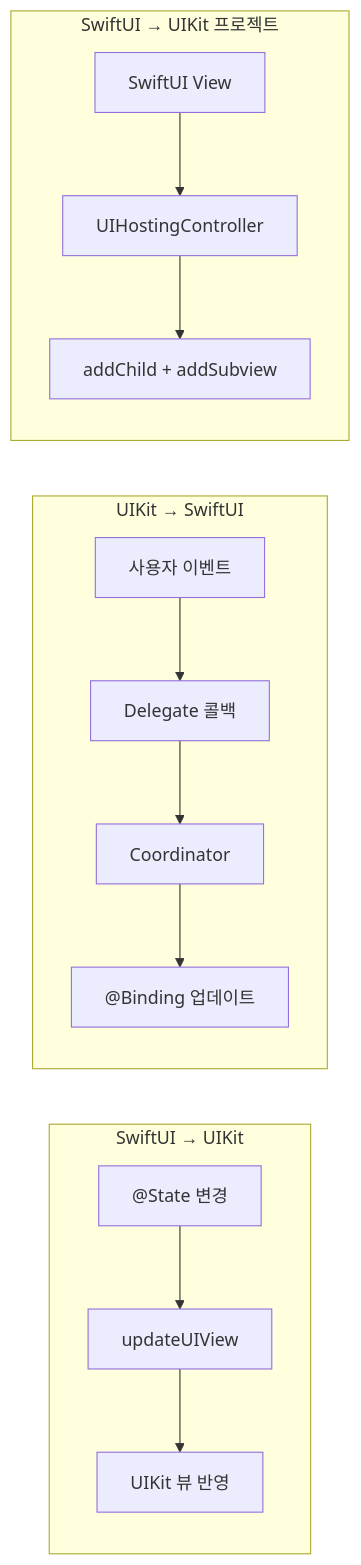
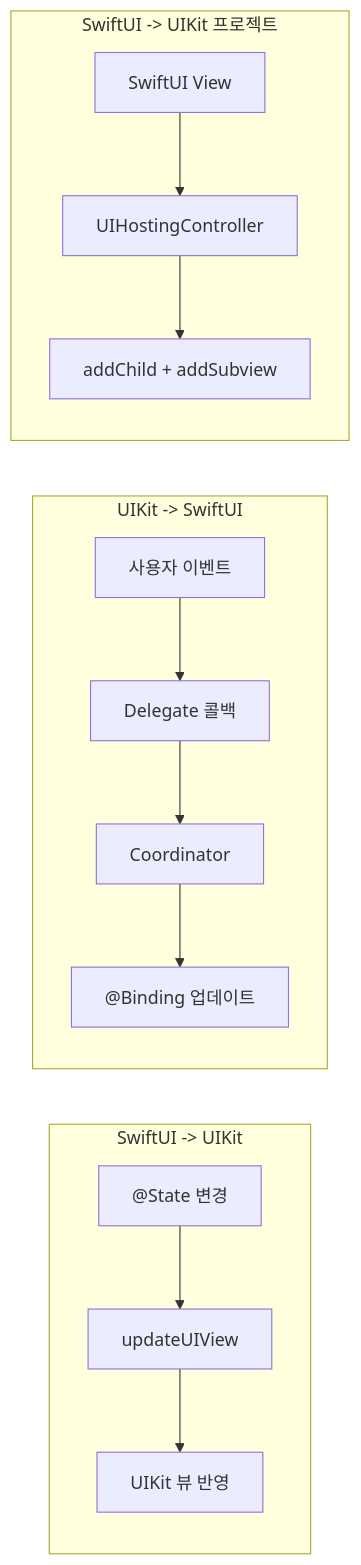
The fourth of 4 diagrams in 11-advanced-swiftui/04-uikit-bridge.md (jsonpassion/forge-tutorial-swift), drawn with Mermaid before and after one commit. The commit also changed 69 other files, not shown here.

````diff
--- a/11-advanced-swiftui/04-uikit-bridge.md
+++ b/11-advanced-swiftui/04-uikit-bridge.md
@@ -319,12 +319,12 @@
 ```mermaid
 flowchart LR
-    subgraph 방향1["SwiftUI → UIKit"]
+    subgraph 방향1["SwiftUI -> UIKit"]
         A1["@State 변경"] --> B1["updateUIView"] --> C1["UIKit 뷰 반영"]
     end
-    subgraph 방향2["UIKit → SwiftUI"]
+    subgraph 방향2["UIKit -> SwiftUI"]
         A2["사용자 이벤트"] --> B2["Delegate 콜백"] --> C2["Coordinator"] --> D2["@Binding 업데이트"]
     end
-    subgraph 방향3["SwiftUI → UIKit 프로젝트"]
+    subgraph 방향3["SwiftUI -> UIKit 프로젝트"]
         A3["SwiftUI View"] --> B3["UIHostingController"] --> C3["addChild + addSubview"]
     end
 ```
````
